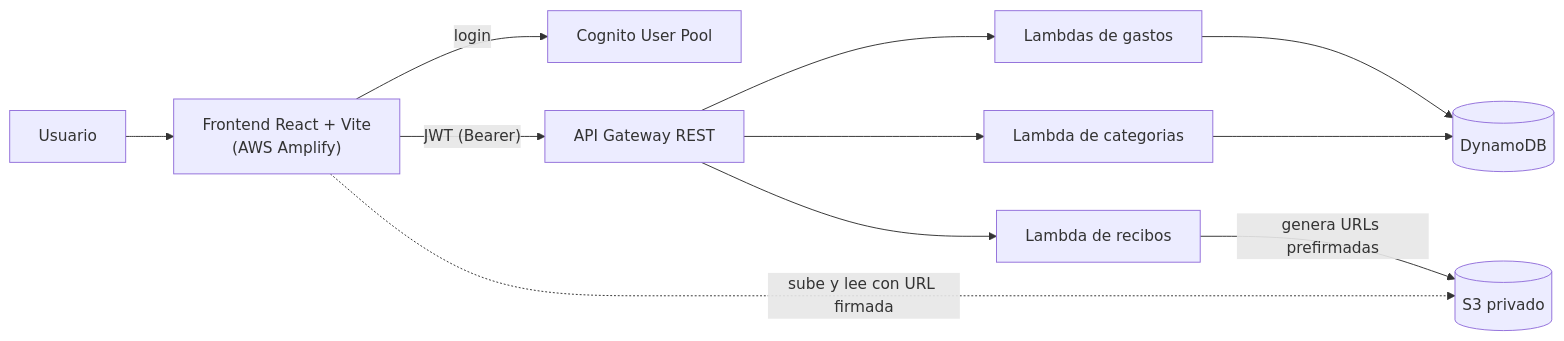
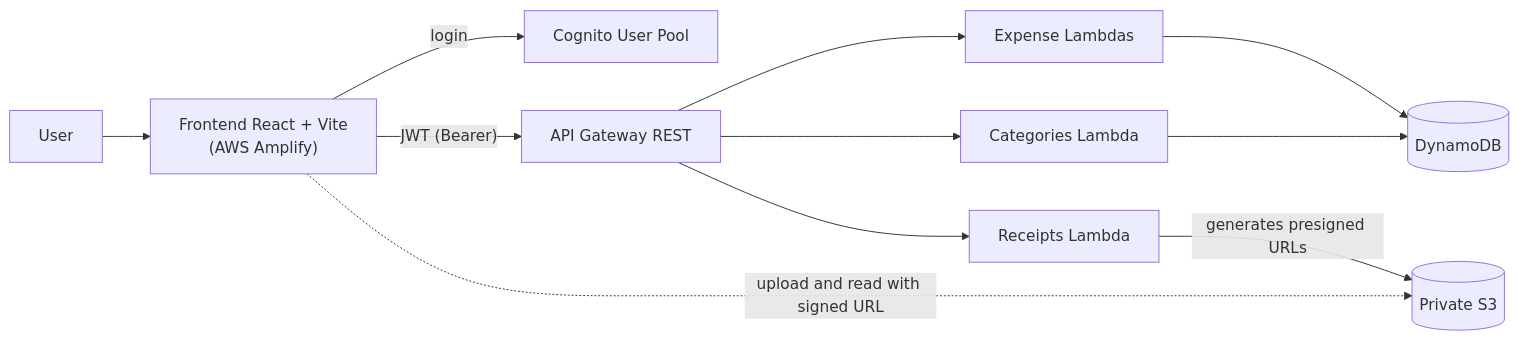
The diagram in README.md (Pulse-craft/expense-tracker), drawn with Mermaid before and after one commit. The commit also changed other lines of this file, not shown here.

````diff
--- a/README.md
+++ b/README.md
@@ -17,13 +17,13 @@
 ```mermaid
 flowchart LR
-  U[Usuario] --> FE["Frontend React + Vite<br/>(AWS Amplify)"]
+  U[User] --> FE["Frontend React + Vite<br/>(AWS Amplify)"]
   FE -->|login| COG[Cognito User Pool]
   FE -->|"JWT (Bearer)"| APIGW[API Gateway REST]
-  APIGW --> LEXP[Lambdas de gastos]
-  APIGW --> LCAT[Lambda de categorias]
-  APIGW --> LREC[Lambda de recibos]
+  APIGW --> LEXP[Expense Lambdas]
+  APIGW --> LCAT[Categories Lambda]
+  APIGW --> LREC[Receipts Lambda]
   LEXP --> DDB[(DynamoDB)]
   LCAT --> DDB
-  LREC -->|genera URLs prefirmadas| S3[(S3 privado)]
-  FE -.->|sube y lee con URL firmada| S3
+  LREC -->|generates presigned URLs| S3[(Private S3)]
+  FE -.->|upload and read with signed URL| S3
 ```
````
